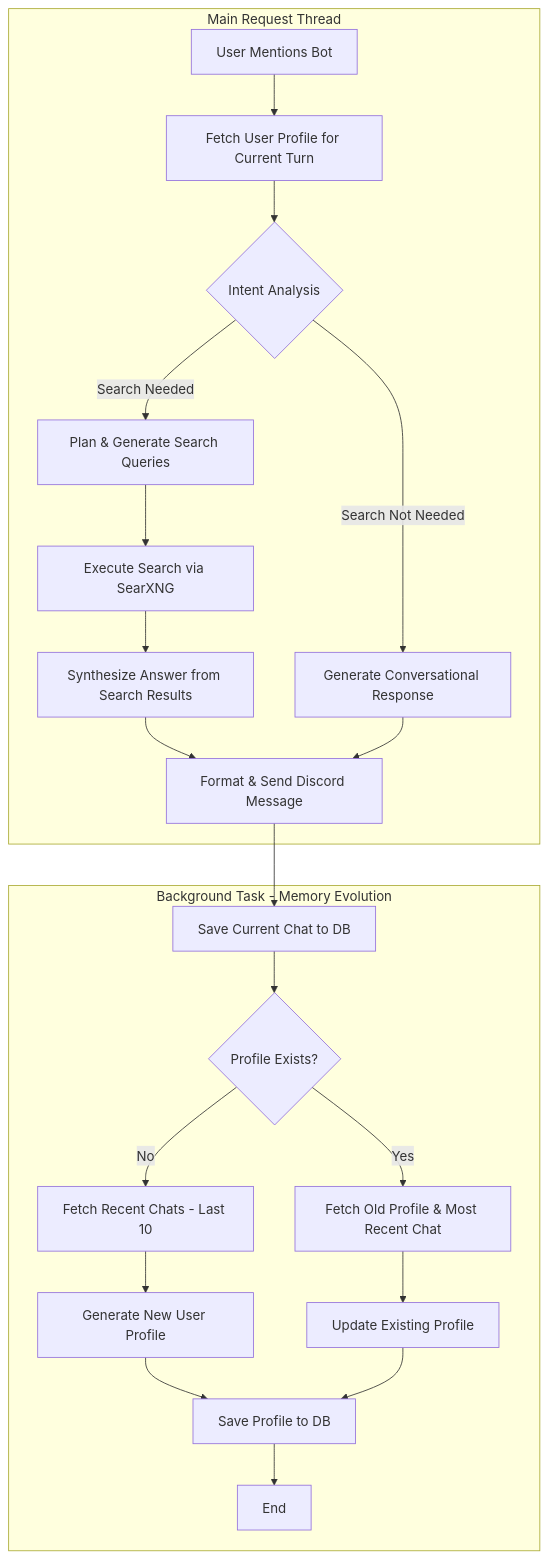
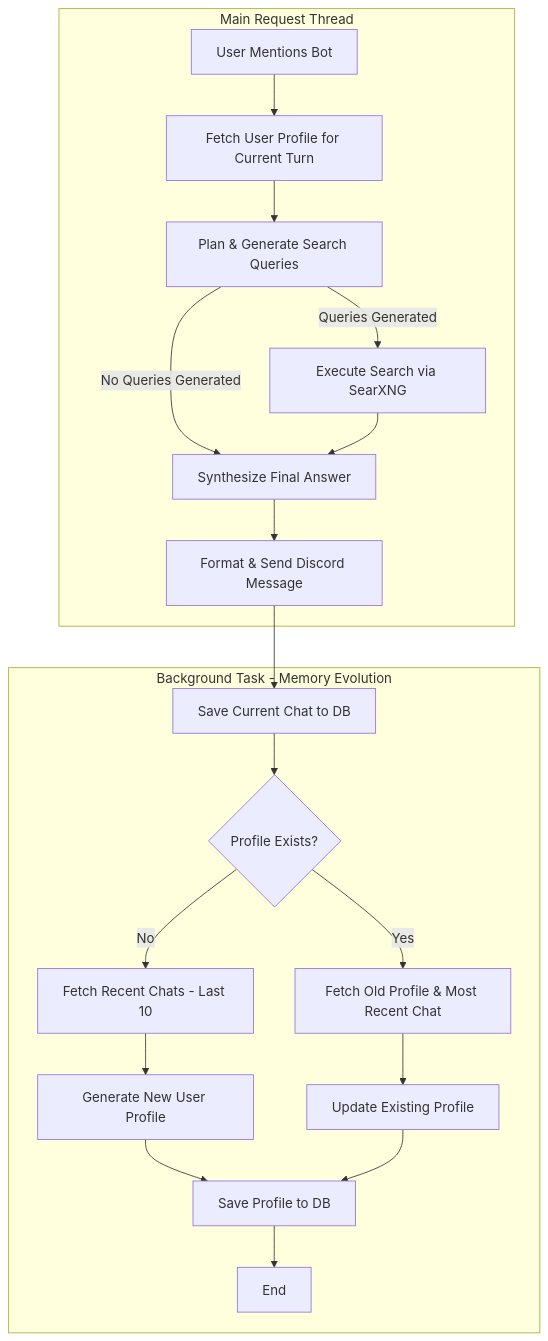
Before and after one commit to jonahgcarpenter/oswald-ai: the diagram in README.md, drawn with Mermaid. The commit also changed other lines of this file, not shown here.

````diff
--- a/README.md
+++ b/README.md
@@ -15,26 +15,24 @@
 ```mermaid
 graph TD
     subgraph Main Request Thread
         A[User Mentions Bot] --> B[Fetch User Profile for Current Turn];
-        B --> C{Intent Analysis};
-        C --> |Search Not Needed| D[Generate Conversational Response];
-        C --> |Search Needed| E[Plan & Generate Search Queries];
-        E --> F[Execute Search via SearXNG];
-        F --> G[Synthesize Answer from Search Results];
+        B --> E[Plan & Generate Search Queries];
+        E --> |No Queries Generated| G[Synthesize Final Answer];
+        E --> |Queries Generated| F[Execute Search via SearXNG];
+        F --> G;
         G --> H[Format & Send Discord Message];
-        D --> H;
     end
 
     subgraph Background Task - Memory Evolution
         I[Save Current Chat to DB] --> J{Profile Exists?};
         J --> |No| K[Fetch Recent Chats - Last 10];
         K --> L[Generate New User Profile];
         J --> |Yes| M[Fetch Old Profile & Most Recent Chat];
         M --> N[Update Existing Profile];
         L --> O[Save Profile to DB];
         N --> O;
         O --> P[End];
     end
 
     H --> I;
 ```
````
